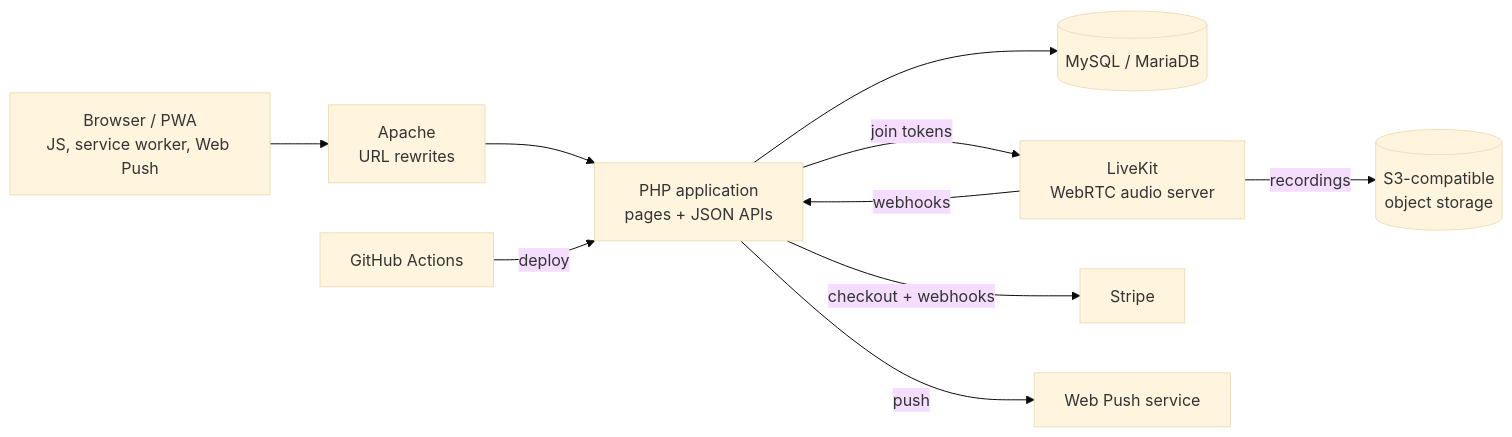
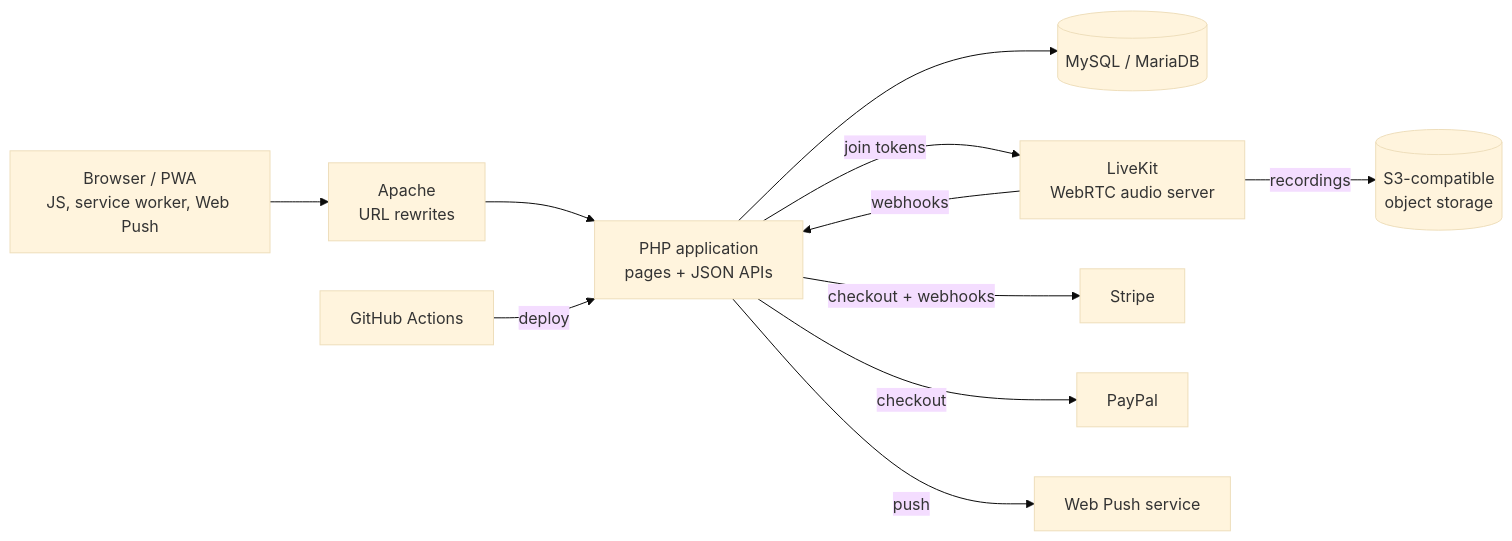
The diagram in Projects/Live-Social-Audio-Platform.md (CJacobsCreates/AWS-Restart), drawn with Mermaid (base theme) before and after one commit. The commit also changed other lines of this file and 1 other file, not shown here.

````diff
--- a/Projects/Live-Social-Audio-Platform.md
+++ b/Projects/Live-Social-Audio-Platform.md
@@ -24,12 +26,13 @@
 ```mermaid
 flowchart LR
     B[Browser / PWA<br/>JS, service worker, Web Push] --> W[Apache<br/>URL rewrites]
     W --> P[PHP application<br/>pages + JSON APIs]
     P --> DB[(MySQL / MariaDB)]
     P -->|join tokens| LK[LiveKit<br/>WebRTC audio server]
     LK -->|webhooks| P
     LK -->|recordings| OS[(S3-compatible<br/>object storage)]
     P -->|checkout + webhooks| ST[Stripe]
+    P -->|checkout| PP[PayPal]
     P -->|push| WP[Web Push service]
     GH[GitHub Actions] -->|deploy| P
 ```
````
